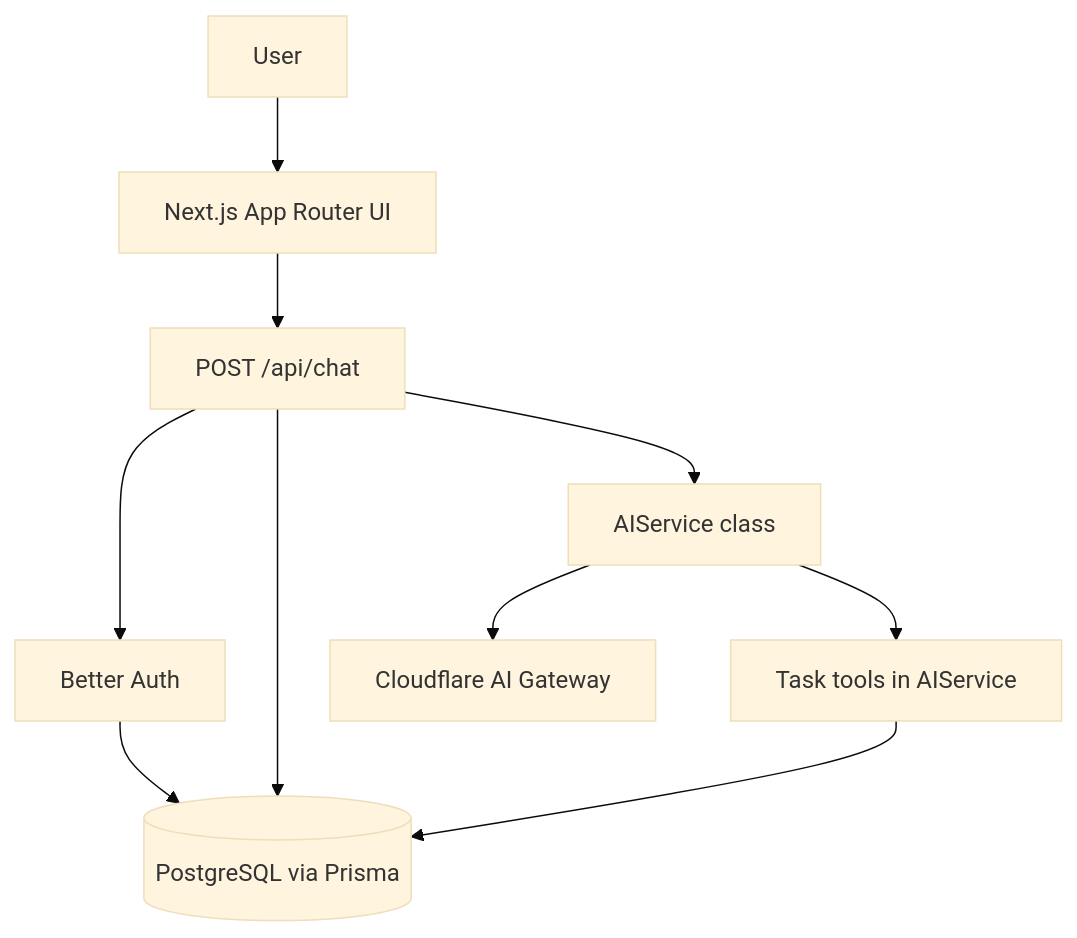
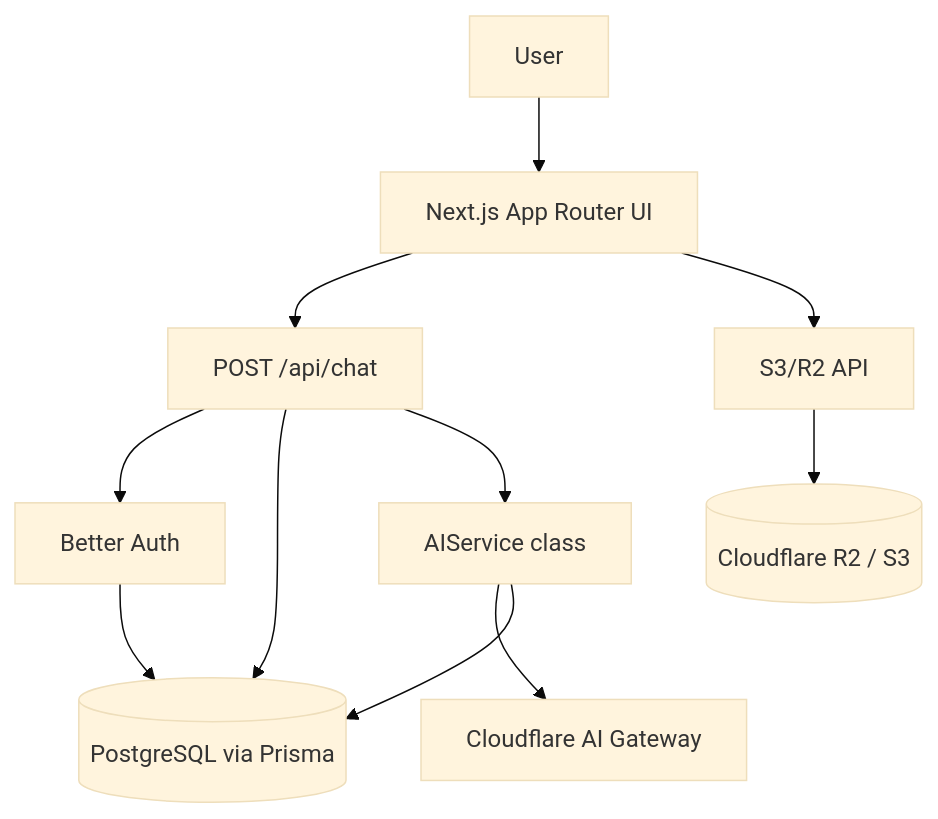
Before and after one commit to lwshakib/task-fusion-ai-powered: the diagram in README.md, drawn with Mermaid (base theme). The commit also changed other lines of this file and 2 other files, not shown here.

````diff
--- a/README.md
+++ b/README.md
@@ -34,21 +33,23 @@
 ```mermaid
 graph TD
     User[User]
     UI[Next.js App Router UI]
     ChatAPI[POST /api/chat]
+    S3API[S3/R2 API]
     AIService[AIService class]
     Gateway[Cloudflare AI Gateway]
-    Tools[Task tools in AIService]
+    Storage[(Cloudflare R2 / S3)]
     DB[(PostgreSQL via Prisma)]
     Auth[Better Auth]
 
     User --> UI
     UI --> ChatAPI
+    UI --> S3API
+    S3API --> Storage
     ChatAPI --> Auth
     ChatAPI --> DB
     ChatAPI --> AIService
     AIService --> Gateway
-    AIService --> Tools
-    Tools --> DB
+    AIService --> DB
     Auth --> DB
 ```
````
